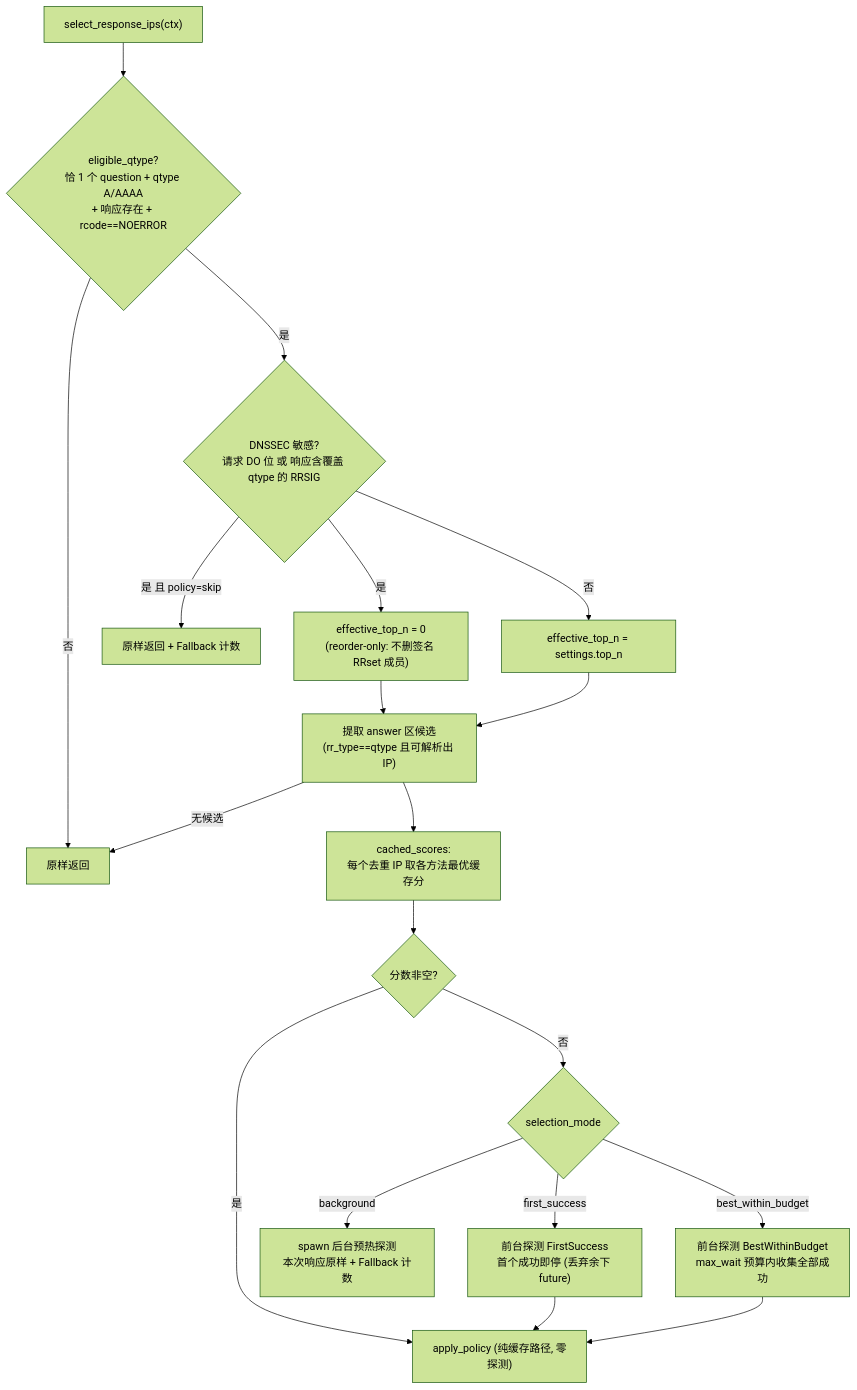
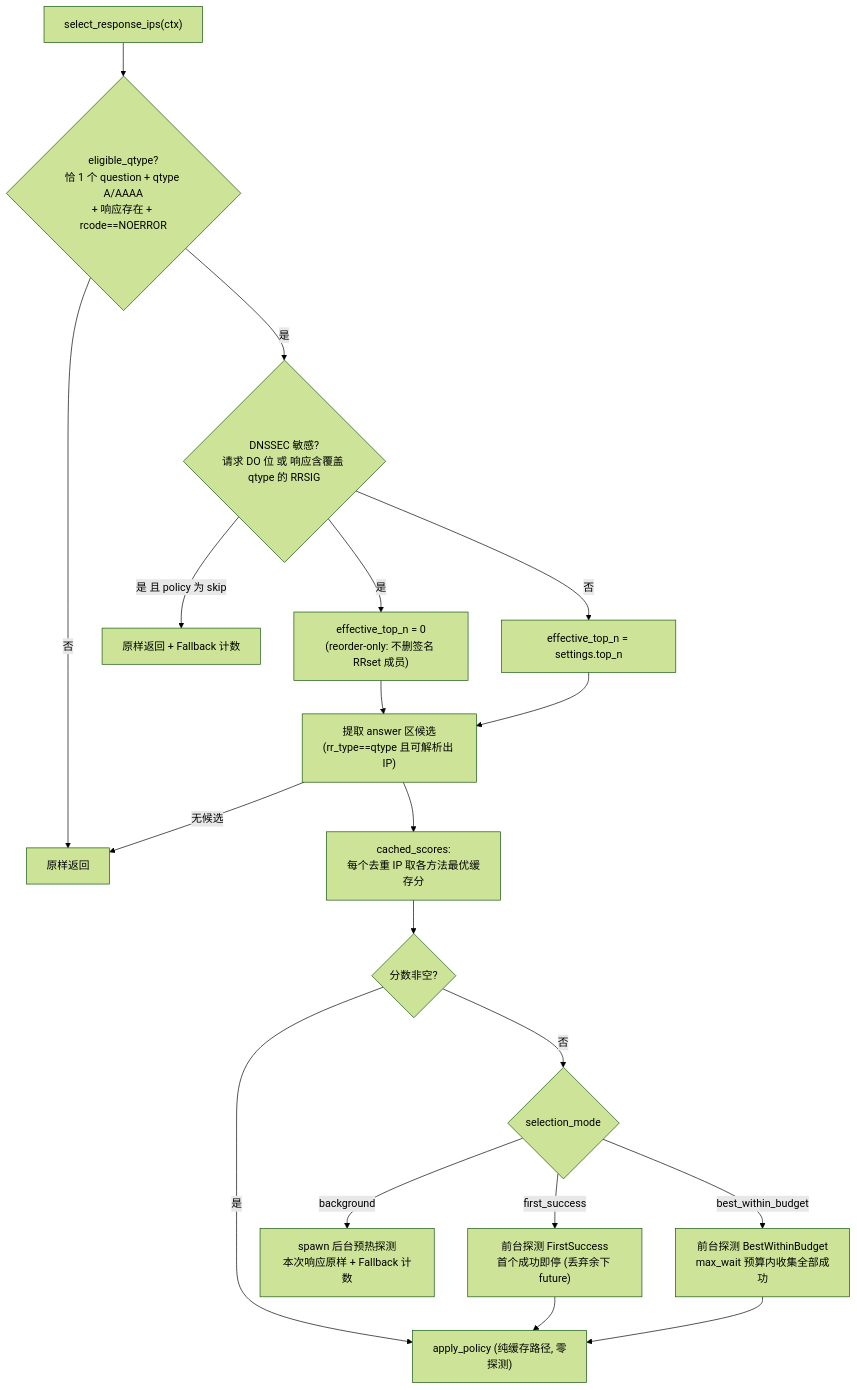
The third of 4 diagrams in learning/oxidns-plugin-ip-selector.md (SharerMax/oxidns), drawn with Mermaid (forest theme) before and after one commit. The commit also changed 2 other files, not shown here.

Commit message:
docs(learning): avoid mermaid-unfriendly chars in flowchart edge labels

````diff
--- a/learning/oxidns-plugin-ip-selector.md
+++ b/learning/oxidns-plugin-ip-selector.md
@@ -134,21 +134,21 @@
 ```mermaid
 flowchart TD
     S["select_response_ips(ctx)"] --> Q{"eligible_qtype?<br/>恰 1 个 question + qtype A/AAAA<br/>+ 响应存在 + rcode==NOERROR"}
     Q -->|否| OUT["原样返回"]
     Q -->|是| DS{"DNSSEC 敏感?<br/>请求 DO 位 或 响应含覆盖 qtype 的 RRSIG"}
-    DS -->|"是 且 policy=skip"| OUT2["原样返回 + Fallback 计数"]
+    DS -->|"是 且 policy 为 skip"| OUT2["原样返回 + Fallback 计数"]
     DS -->|是| N0["effective_top_n = 0<br/>(reorder-only: 不删签名 RRset 成员)"]
     DS -->|否| N1["effective_top_n = settings.top_n"]
     N0 --> CAND
     N1 --> CAND["提取 answer 区候选<br/>(rr_type==qtype 且可解析出 IP)"]
     CAND -->|无候选| OUT
     CAND --> CS["cached_scores:<br/>每个去重 IP 取各方法最优缓存分"]
     CS --> HAS{"分数非空?"}
     HAS -->|是| APPLY["apply_policy (纯缓存路径, 零探测)"]
     HAS -->|否| MODE{"selection_mode"}
     MODE -->|background| BG["spawn 后台预热探测<br/>本次响应原样 + Fallback 计数"]
     MODE -->|first_success| FS["前台探测 FirstSuccess<br/>首个成功即停 (丢弃余下 future)"]
     MODE -->|best_within_budget| BW["前台探测 BestWithinBudget<br/>max_wait 预算内收集全部成功"]
     FS --> APPLY
     BW --> APPLY
 ```
````
